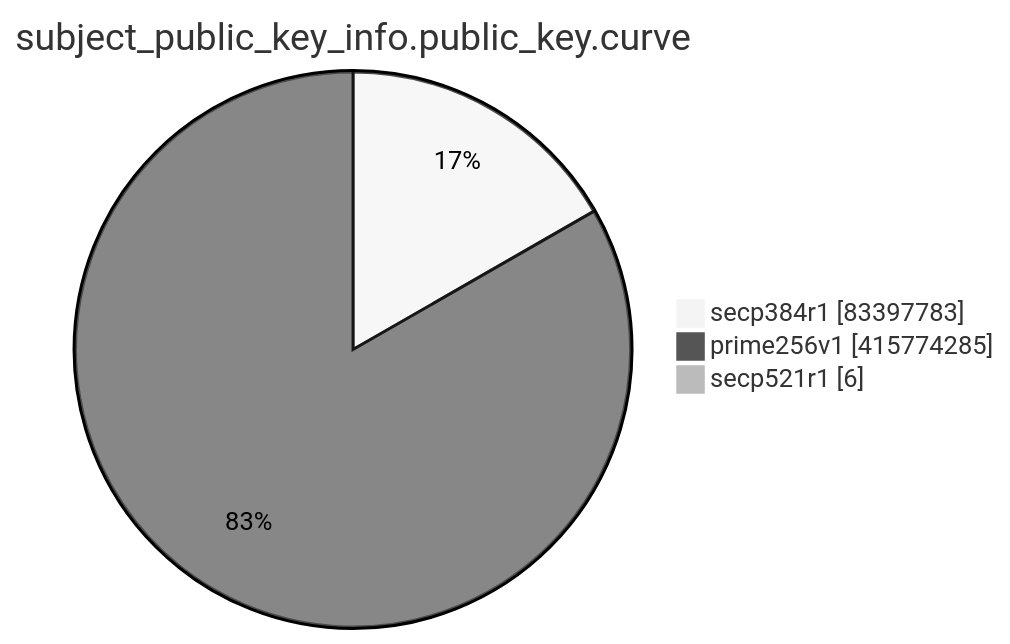
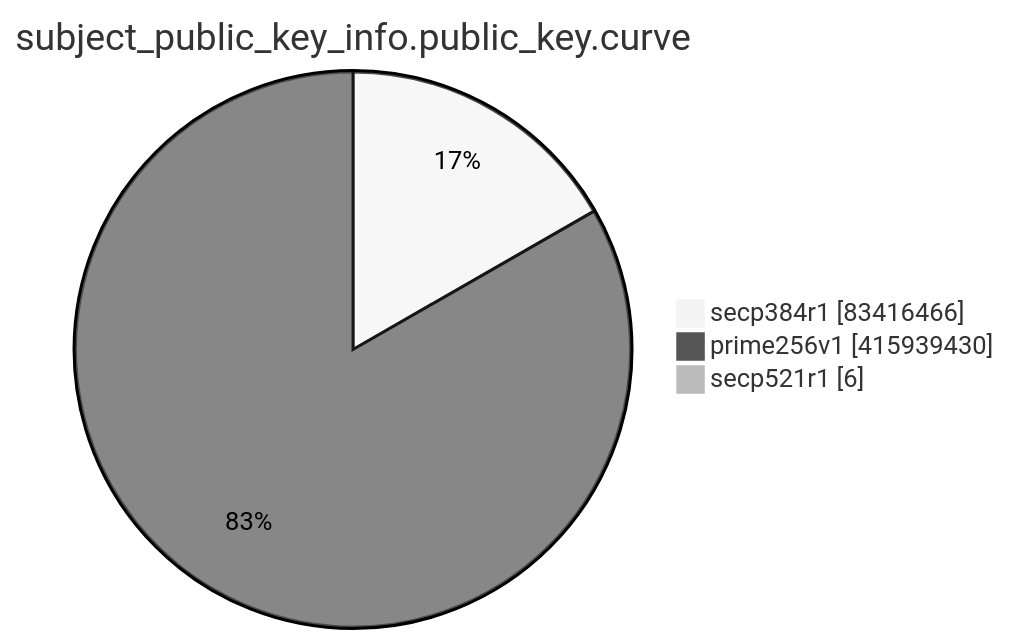
One commit to christiankrug/ctmonitor_visualization changed the eighth of 15 diagrams in TOTAL/README.md. Above: the diagram before and after it, drawn with Mermaid (neutral theme). The commit also changed other lines of this file, not shown here.

````diff
--- a/TOTAL/README.md
+++ b/TOTAL/README.md
@@ -3098,7 +3098,7 @@
 ```mermaid
 pie showData
 title subject_public_key_info.public_key.curve
-"secp384r1" :83397783
-"prime256v1" :415774285
+"secp384r1" :83416466
+"prime256v1" :415939430
 "secp521r1" :6
 ```
````
